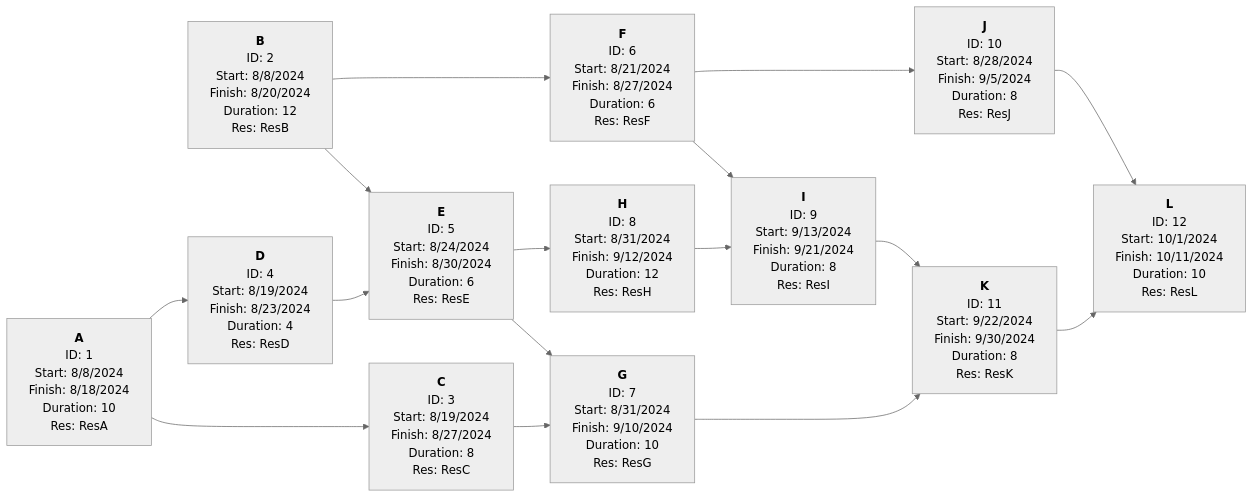
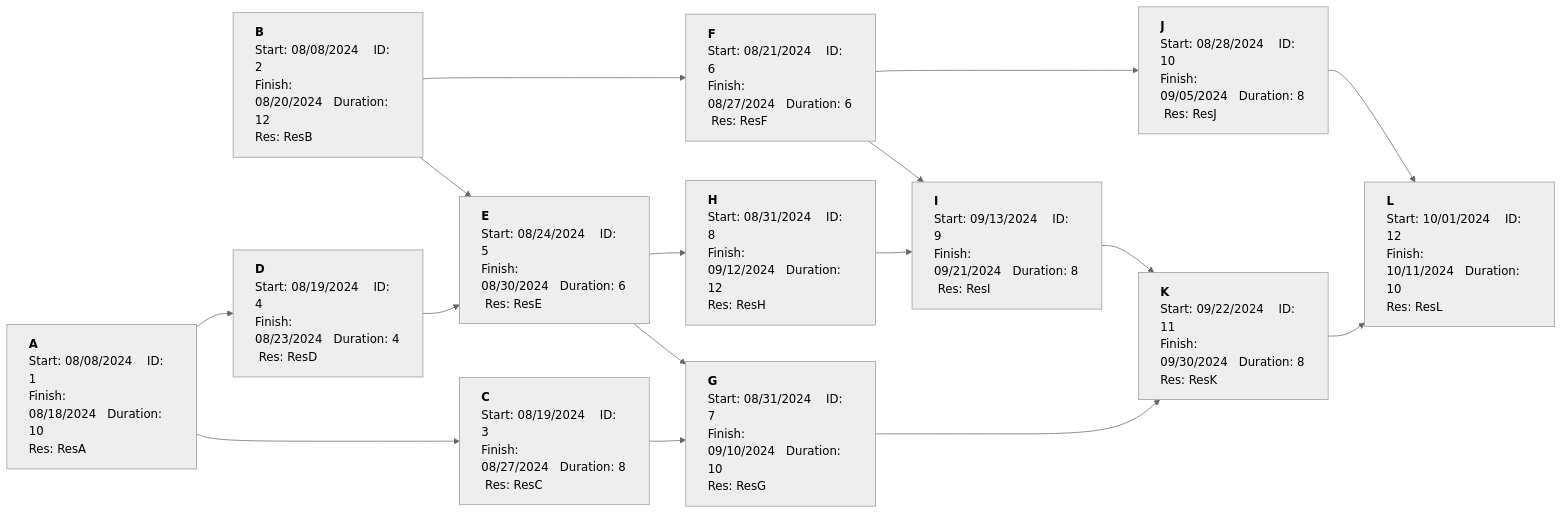
The second of 2 diagrams in exam-papers/2023-mgmt06065-project-management-solution.md (marcocrowe/learn-business), drawn with Mermaid (neutral theme) before and after one commit. The commit also changed other lines of this file and 1 other file, not shown here.

Commit message:
chore: Update PDM network diagram for 2023 MGMT06065 project management solution

````diff
--- a/exam-papers/2023-mgmt06065-project-management-solution.md
+++ b/exam-papers/2023-mgmt06065-project-management-solution.md
@@ -151,31 +151,44 @@
 ```mermaid
 graph LR
-    A["<b>A</b><br/>ID: 1<br/>Start: 8/8/2024<br/>Finish: 8/18/2024<br/>Duration: 10<br/>Res: ResA"]
-    B["<b>B</b><br/>ID: 2<br/>Start: 8/8/2024<br/>Finish: 8/20/2024<br/>Duration: 12<br/>Res: ResB"]
-    C["<b>C</b><br/>ID: 3<br/>Start: 8/19/2024<br/>Finish: 8/27/2024<br/>Duration: 8<br/>Res: ResC"]
-    D["<b>D</b><br/>ID: 4<br/>Start: 8/19/2024<br/>Finish: 8/23/2024<br/>Duration: 4<br/>Res: ResD"]
-    E["<b>E</b><br/>ID: 5<br/>Start: 8/24/2024<br/>Finish: 8/30/2024<br/>Duration: 6<br/>Res: ResE"]
-    F["<b>F</b><br/>ID: 6<br/>Start: 8/21/2024<br/>Finish: 8/27/2024<br/>Duration: 6<br/>Res: ResF"]
-    G["<b>G</b><br/>ID: 7<br/>Start: 8/31/2024<br/>Finish: 9/10/2024<br/>Duration: 10<br/>Res: ResG"]
-    H["<b>H</b><br/>ID: 8<br/>Start: 8/31/2024<br/>Finish: 9/12/2024<br/>Duration: 12<br/>Res: ResH"]
-    I["<b>I</b><br/>ID: 9<br/>Start: 9/13/2024<br/>Finish: 9/21/2024<br/>Duration: 8<br/>Res: ResI"]
-    J["<b>J</b><br/>ID: 10<br/>Start: 8/28/2024<br/>Finish: 9/5/2024<br/>Duration: 8<br/>Res: ResJ"]
-    K["<b>K</b><br/>ID: 11<br/>Start: 9/22/2024<br/>Finish: 9/30/2024<br/>Duration: 8<br/>Res: ResK"]
-    L["<b>L</b><br/>ID: 12<br/>Start: 10/1/2024<br/>Finish: 10/11/2024<br/>Duration: 10<br/>Res: ResL"]
+    A["<b>A</b><br/>Start: 08/08/2024&nbsp;&nbsp;&nbsp;&nbsp;ID: 1 <br/>Finish: 08/18/2024&nbsp;&nbsp;&nbsp;Duration: 10<br/>Res: ResA"]
+    B["<b>B</b><br/>Start: 08/08/2024&nbsp;&nbsp;&nbsp;&nbsp;ID: 2 <br/>Finish: 08/20/2024&nbsp;&nbsp;&nbsp;Duration: 12<br/>Res: ResB"]
+    C["<b>C</b><br/>Start: 08/19/2024&nbsp;&nbsp;&nbsp;&nbsp;ID: 3 <br/>Finish: 08/27/2024&nbsp;&nbsp;&nbsp;Duration: 8<br/> Res: ResC"]
+    D["<b>D</b><br/>Start: 08/19/2024&nbsp;&nbsp;&nbsp;&nbsp;ID: 4 <br/>Finish: 08/23/2024&nbsp;&nbsp;&nbsp;Duration: 4<br/> Res: ResD"]
+    E["<b>E</b><br/>Start: 08/24/2024&nbsp;&nbsp;&nbsp;&nbsp;ID: 5 <br/>Finish: 08/30/2024&nbsp;&nbsp;&nbsp;Duration: 6<br/> Res: ResE"]
+    F["<b>F</b><br/>Start: 08/21/2024&nbsp;&nbsp;&nbsp;&nbsp;ID: 6 <br/>Finish: 08/27/2024&nbsp;&nbsp;&nbsp;Duration: 6<br/> Res: ResF"]
+    G["<b>G</b><br/>Start: 08/31/2024&nbsp;&nbsp;&nbsp;&nbsp;ID: 7 <br/>Finish: 09/10/2024&nbsp;&nbsp;&nbsp;Duration: 10<br/>Res: ResG"]
+    H["<b>H</b><br/>Start: 08/31/2024&nbsp;&nbsp;&nbsp;&nbsp;ID: 8 <br/>Finish: 09/12/2024&nbsp;&nbsp;&nbsp;Duration: 12<br/>Res: ResH"]
+    I["<b>I</b><br/>Start: 09/13/2024&nbsp;&nbsp;&nbsp;&nbsp;ID: 9 <br/>Finish: 09/21/2024&nbsp;&nbsp;&nbsp;Duration: 8<br/> Res: ResI"]
+    J["<b>J</b><br/>Start: 08/28/2024&nbsp;&nbsp;&nbsp;&nbsp;ID: 10<br/>Finish: 09/05/2024&nbsp;&nbsp;&nbsp;Duration: 8<br/> Res: ResJ"]
+    K["<b>K</b><br/>Start: 09/22/2024&nbsp;&nbsp;&nbsp;&nbsp;ID: 11<br/>Finish: 09/30/2024&nbsp;&nbsp;&nbsp;Duration: 8<br/ >Res: ResK"]
+    L["<b>L</b><br/>Start: 10/01/2024&nbsp;&nbsp;&nbsp;&nbsp;ID: 12<br/>Finish: 10/11/2024&nbsp;&nbsp;&nbsp;Duration: 10<br/>Res: ResL"]
 
     A --> C 
     A --> D 
     B --> E 
     D --> E 
     B --> F 
     C --> G 
     E --> G 
     E --> H 
     F --> I 
     H --> I 
     F --> J 
     G --> K 
     I --> K 
     J --> L 
     K --> L 
+
+    style A text-align:left;
+    style B text-align:left;
+    style C text-align:left;
+    style D text-align:left;
+    style E text-align:left;
+    style F text-align:left;
+    style G text-align:left;
+    style H text-align:left;
+    style I text-align:left;
+    style J text-align:left;
+    style K text-align:left;
+    style L text-align:left;
 ```
````
